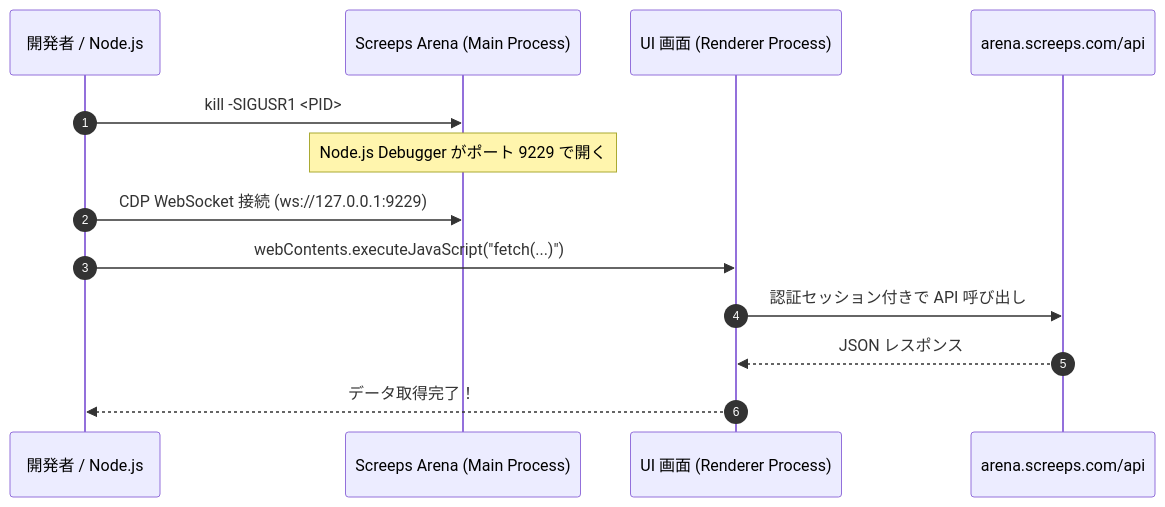
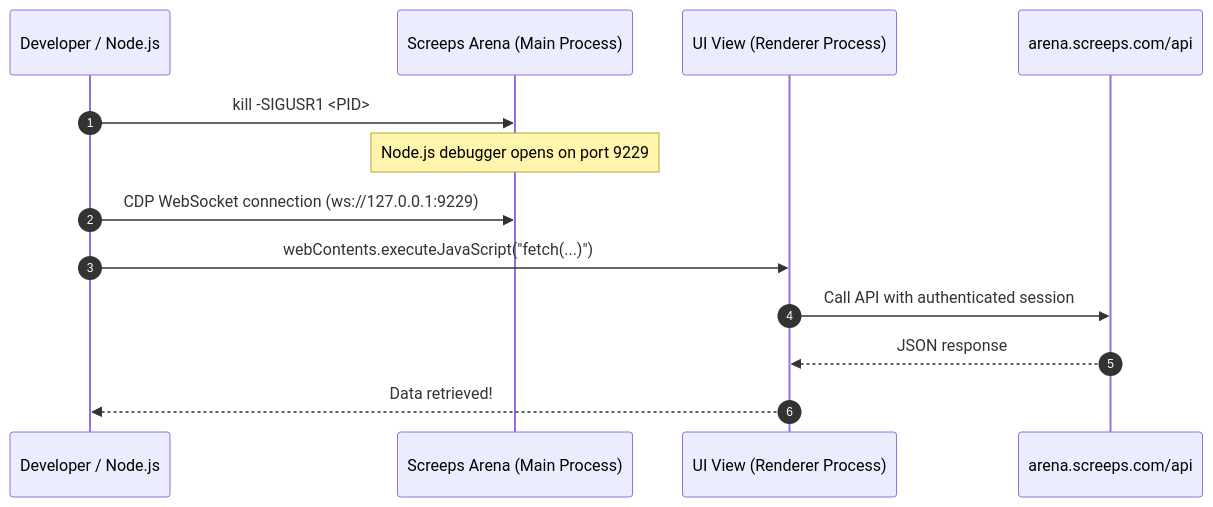
Before and after one commit to arukuka/screeps-arena-tools: the diagram in docs/REVERSE_ENGINEERING.md, drawn with Mermaid. The commit also changed other lines of this file, not shown here.

````diff
--- a/docs/REVERSE_ENGINEERING.md
+++ b/docs/REVERSE_ENGINEERING.md
@@ -16,16 +16,16 @@
 ```mermaid
 sequenceDiagram
     autonumber
-    participant Terminal as 開発者 / Node.js
+    participant Terminal as Developer / Node.js
     participant Electron as Screeps Arena (Main Process)
-    participant Renderer as UI 画面 (Renderer Process)
+    participant Renderer as UI View (Renderer Process)
     participant API as arena.screeps.com/api
 
     Terminal->>Electron: kill -SIGUSR1 <PID>
-    Note over Electron: Node.js Debugger がポート 9229 で開く
-    Terminal->>Electron: CDP WebSocket 接続 (ws://127.0.0.1:9229)
+    Note over Electron: Node.js debugger opens on port 9229
+    Terminal->>Electron: CDP WebSocket connection (ws://127.0.0.1:9229)
     Terminal->>Renderer: webContents.executeJavaScript("fetch(...)")
-    Renderer->>API: 認証セッション付きで API 呼び出し
-    API-->>Renderer: JSON レスポンス
-    Renderer-->>Terminal: データ取得完了！
+    Renderer->>API: Call API with authenticated session
+    API-->>Renderer: JSON response
+    Renderer-->>Terminal: Data retrieved!
 ```
````
